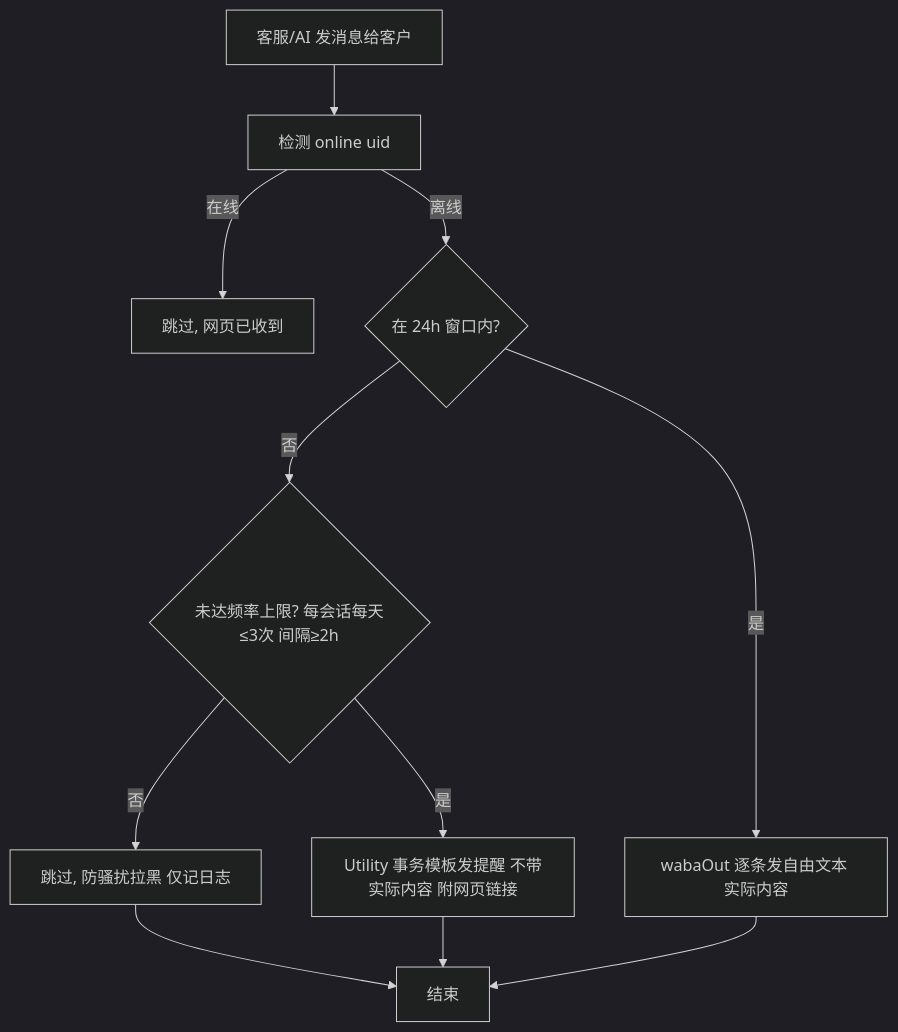
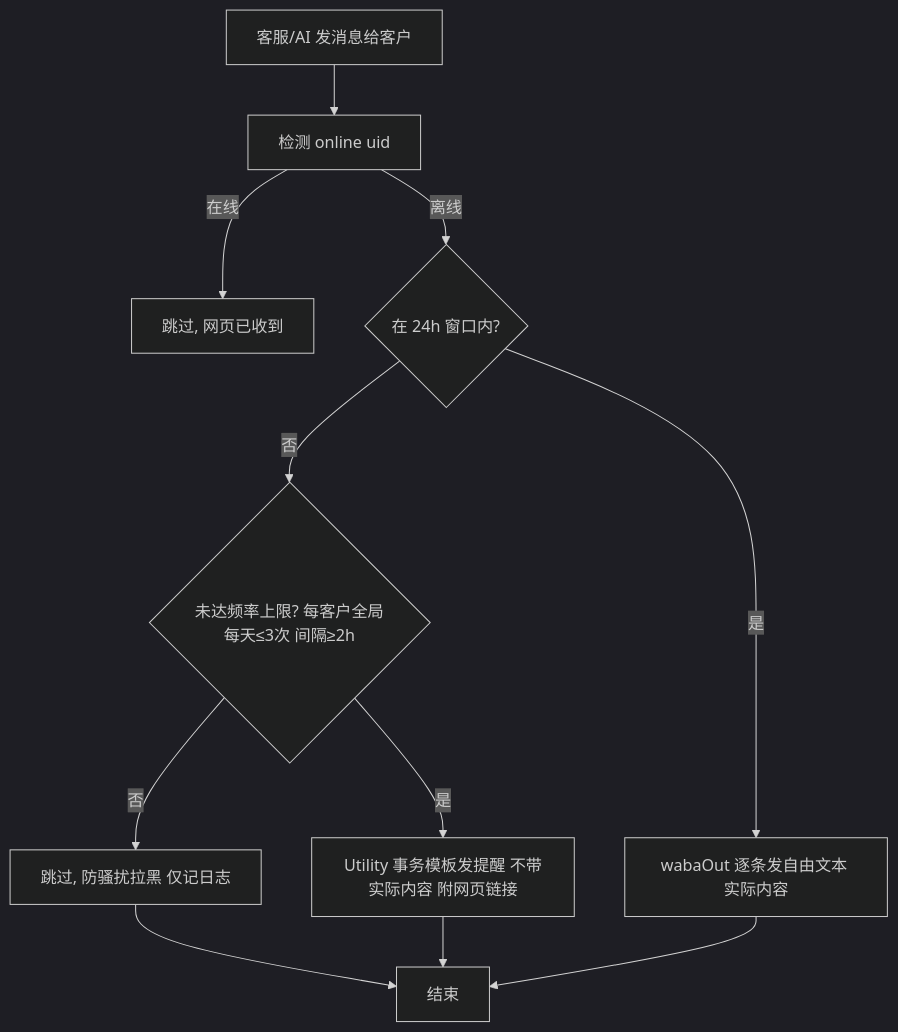
One commit to zran-nz/doc changed the first of 8 diagrams in fio/chat.md. Above: the diagram before and after it, drawn with Mermaid (dark theme). The commit also changed other lines of this file, not shown here.

````diff
--- a/fio/chat.md
+++ b/fio/chat.md
@@ -19,13 +19,13 @@
 ```mermaid
 flowchart TD
     Start[客服/AI 发消息给客户] --> C1[检测 online uid]
     C1 -- 在线 --> C2[跳过, 网页已收到]
     C1 -- 离线 --> C3{在 24h 窗口内?}
-    C3 -- 否 --> Freq{未达频率上限? 每会话每天≤3次 间隔≥2h}
+    C3 -- 否 --> Freq{未达频率上限? 每客户全局每天≤3次 间隔≥2h}
     Freq -- 否 --> Skip[跳过, 防骚扰拉黑 仅记日志]
     Freq -- 是 --> C4[Utility 事务模板发提醒 不带实际内容 附网页链接]
     C3 -- 是 --> C5[wabaOut 逐条发自由文本 实际内容]
     C4 --> End[结束]
     C5 --> End
     Skip --> End
 ```
````
